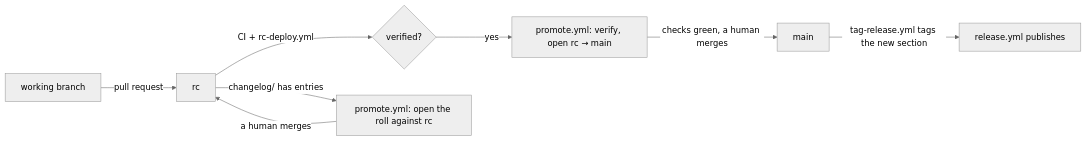
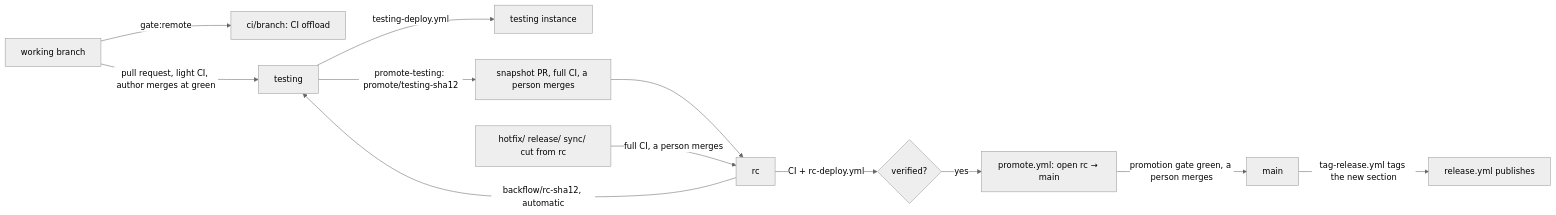
Before and after one commit to outcrop-labs/talaria: the diagram in docs/BRANCHES.md, drawn with Mermaid (neutral theme). The commit also changed other lines of this file and 15 other files, not shown here.

First line of the commit message:
docs: pull requests target testing — the author merges at green, rc takes snapshots

````diff
--- a/docs/BRANCHES.md
+++ b/docs/BRANCHES.md
@@ -24,10 +34,14 @@
 ```mermaid
 graph LR
-  A[working branch] -->|pull request| B[rc]
-  B -->|CI + rc-deploy.yml| C{verified?}
-  C -->|yes| D[promote.yml: verify, open rc → main]
-  B -->|changelog/ has entries| R[promote.yml: open the roll against rc]
-  R -->|a human merges| B
-  D -->|checks green, a human merges| E[main]
-  E -->|tag-release.yml tags the new section| F[release.yml publishes]
+  W[working branch] -->|gate:remote| O[ci/branch: CI offload]
+  W -->|pull request, light CI, author merges at green| T[testing]
+  T -->|testing-deploy.yml| I[testing instance]
+  T -->|promote-testing: promote/testing-sha12| S[snapshot PR, full CI, a person merges]
+  S --> R[rc]
+  H[hotfix/ release/ sync/ cut from rc] -->|full CI, a person merges| R
+  R -->|backflow/rc-sha12, automatic| T
+  R -->|CI + rc-deploy.yml| V{verified?}
+  V -->|yes| P[promote.yml: open rc → main]
+  P -->|promotion gate green, a person merges| M[main]
+  M -->|tag-release.yml tags the new section| X[release.yml publishes]
 ```
````
